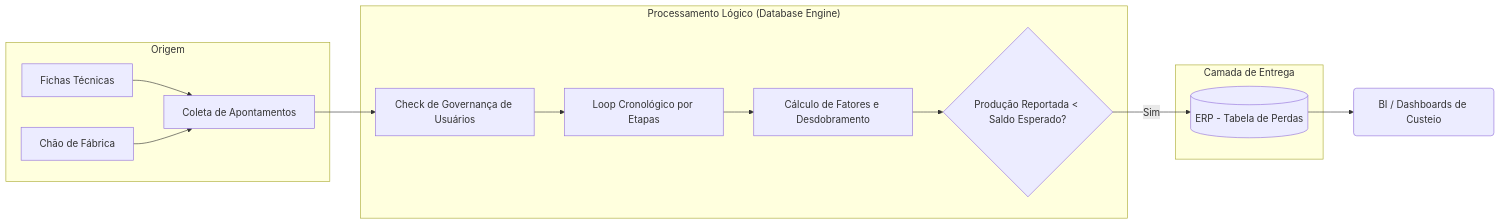
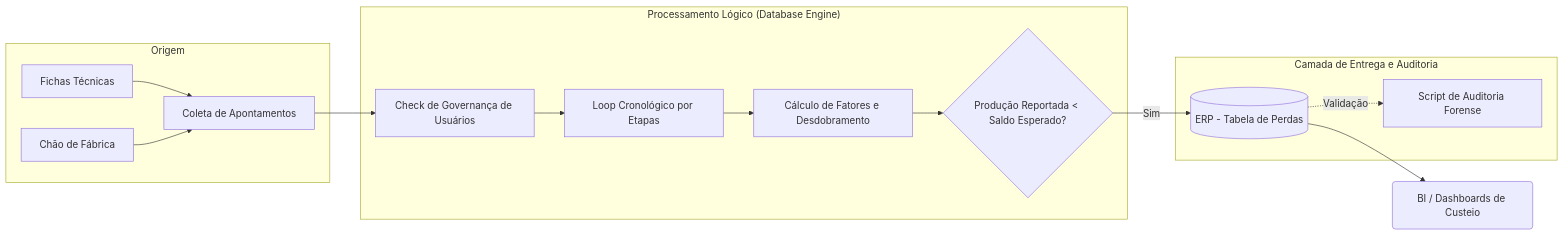
One commit to ReinerAndre/industrial-loss-automation-erp changed the diagram in README.md. Above: the diagram before and after it, drawn with Mermaid. The commit also changed other lines of this file, not shown here.

````diff
--- a/README.md
+++ b/README.md
@@ -16,22 +14,24 @@
-``` mermaid
+```mermaid
 flowchart LR
     subgraph Origem ["Origem"]
         A1[Fichas Técnicas] --> A[Coleta de Apontamentos]
         A2[Chão de Fábrica] --> A
     end
 
     subgraph Processamento ["Processamento Lógico (Database Engine)"]
         B1[Check de Governança de Usuários] --> B2
         B2[Loop Cronológico por Etapas] --> B3
         B3[Cálculo de Fatores e Desdobramento] --> B4
         B4{Produção Reportada < Saldo Esperado?} 
     end
 
-    subgraph Entrega ["Camada de Entrega"]
+    subgraph Entrega ["Camada de Entrega e Auditoria"]
         C1[(ERP - Tabela de Perdas)]
+        C2[Script de Auditoria Forense]
         B4 -- Sim --> C1
+        C1 -. Validação .-> C2
     end
 
     A --> B1
     C1 --> D(BI / Dashboards de Custeio)
 ```
````
